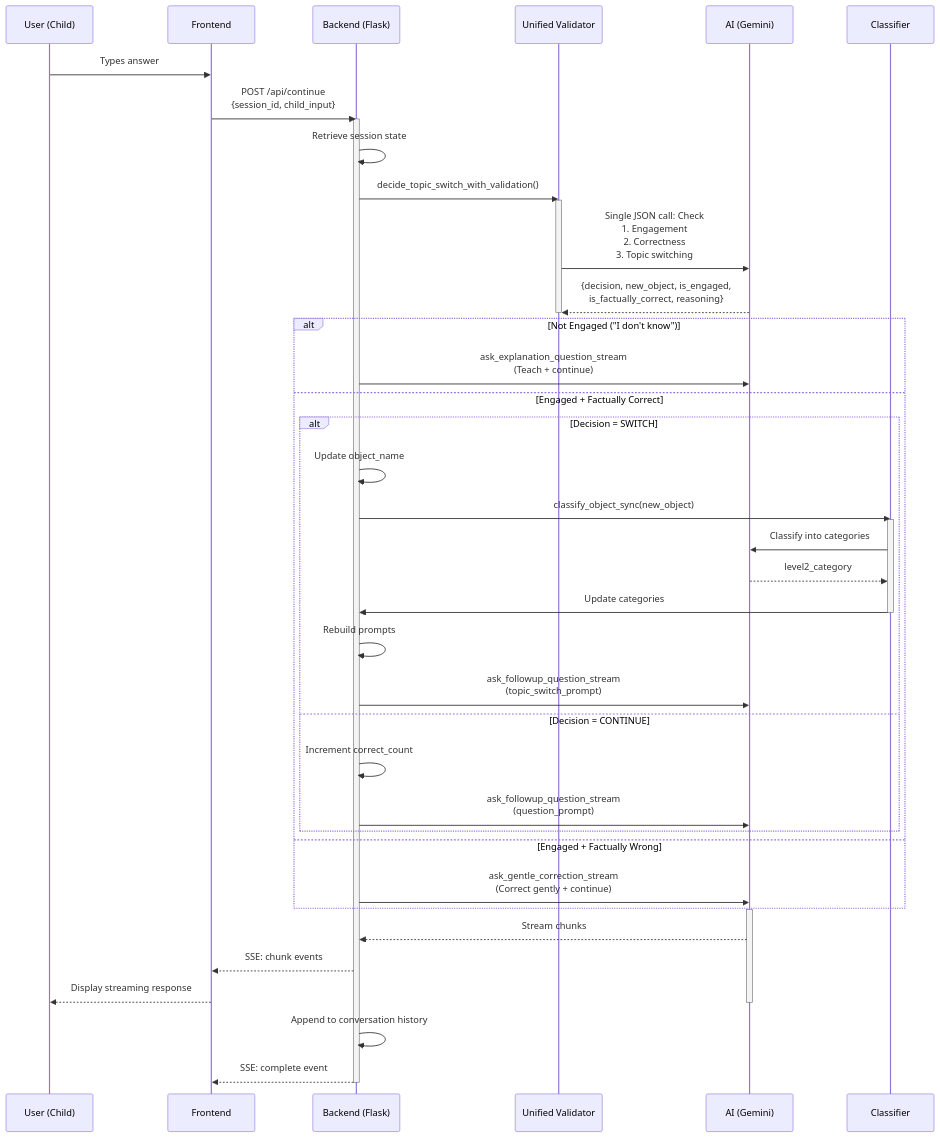
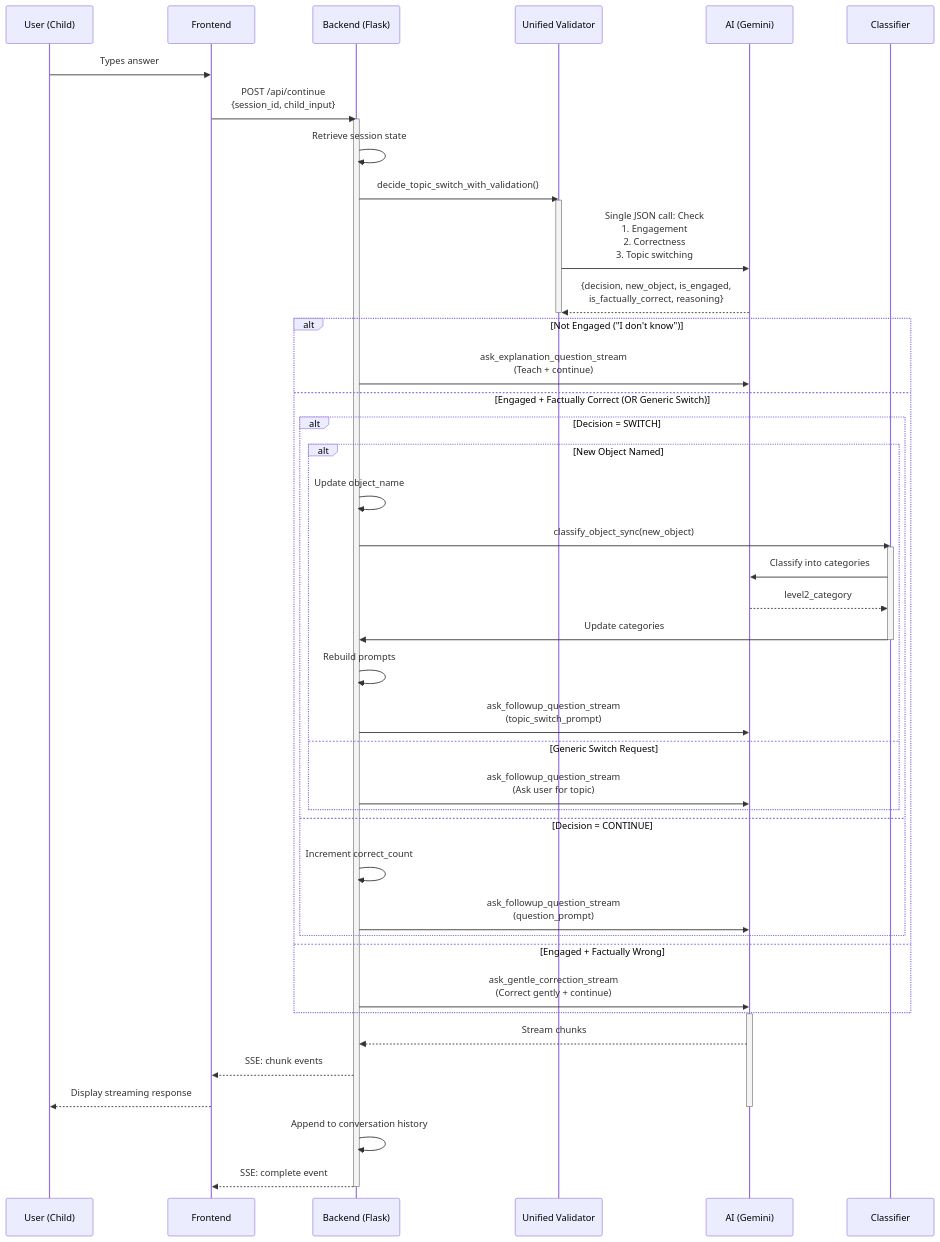
One commit to HuangJiaChen1/AI_ask_ask changed the third of 14 diagrams in Gemini/paixueji/ARCHITECTURE.md. Above: the diagram before and after it, drawn with Mermaid. The commit also changed 5 other files, not shown here.

````diff
--- a/Gemini/paixueji/ARCHITECTURE.md
+++ b/Gemini/paixueji/ARCHITECTURE.md
@@ -97,50 +97,54 @@
 ```mermaid
 sequenceDiagram
     participant U as User (Child)
     participant F as Frontend
     participant B as Backend (Flask)
     participant V as Unified Validator
     participant A as AI (Gemini)
     participant C as Classifier
 
     U->>F: Types answer
     F->>B: POST /api/continue<br/>{session_id, child_input}
     activate B
     B->>B: Retrieve session state
 
     B->>V: decide_topic_switch_with_validation()
     activate V
     V->>A: Single JSON call: Check<br/>1. Engagement<br/>2. Correctness<br/>3. Topic switching
     A-->>V: {decision, new_object, is_engaged,<br/>is_factually_correct, reasoning}
     deactivate V
 
     alt Not Engaged ("I don't know")
         B->>A: ask_explanation_question_stream<br/>(Teach + continue)
-    else Engaged + Factually Correct
+    else Engaged + Factually Correct (OR Generic Switch)
         alt Decision = SWITCH
-            B->>B: Update object_name
-            B->>C: classify_object_sync(new_object)
-            activate C
-            C->>A: Classify into categories
-            A-->>C: level2_category
-            C->>B: Update categories
-            deactivate C
-            B->>B: Rebuild prompts
-            B->>A: ask_followup_question_stream<br/>(topic_switch_prompt)
+            alt New Object Named
+                B->>B: Update object_name
+                B->>C: classify_object_sync(new_object)
+                activate C
+                C->>A: Classify into categories
+                A-->>C: level2_category
+                C->>B: Update categories
+                deactivate C
+                B->>B: Rebuild prompts
+                B->>A: ask_followup_question_stream<br/>(topic_switch_prompt)
+            else Generic Switch Request
+                B->>A: ask_followup_question_stream<br/>(Ask user for topic)
+            end
         else Decision = CONTINUE
             B->>B: Increment correct_count
             B->>A: ask_followup_question_stream<br/>(question_prompt)
         end
     else Engaged + Factually Wrong
         B->>A: ask_gentle_correction_stream<br/>(Correct gently + continue)
     end
 
     activate A
     A-->>B: Stream chunks
     B-->>F: SSE: chunk events
     F-->>U: Display streaming response
     deactivate A
     B->>B: Append to conversation history
     B-->>F: SSE: complete event
     deactivate B
 ```
````
